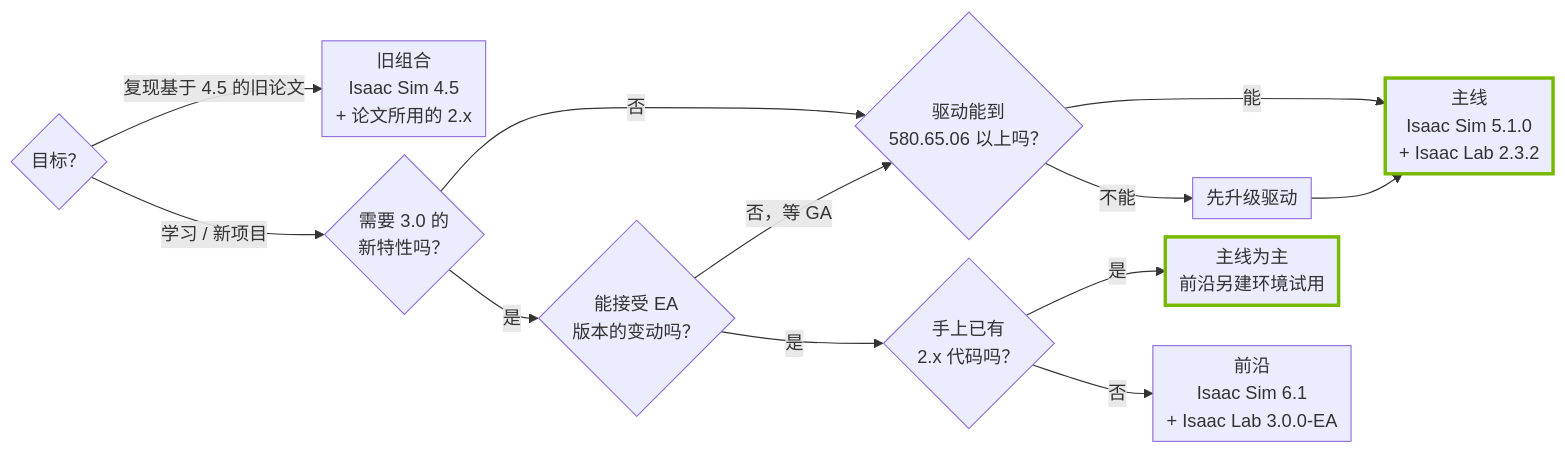
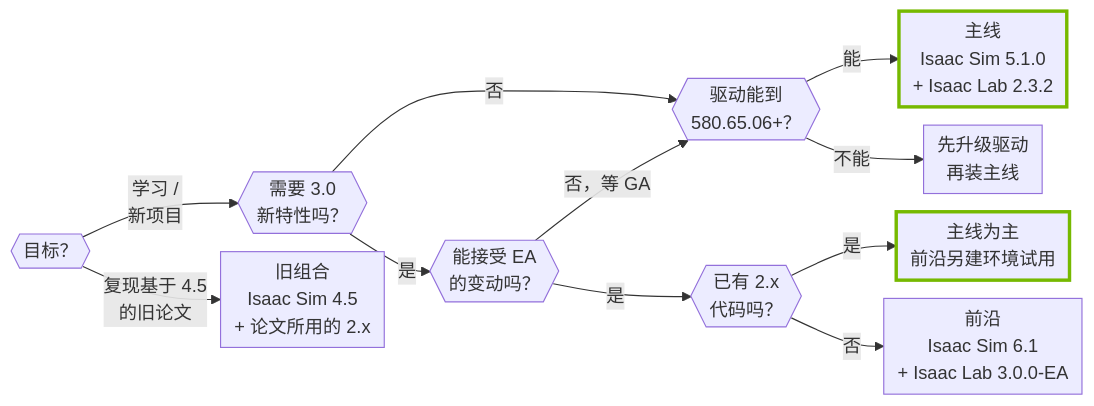
The diagram in docs/1-env/1.2-version-decision.md (ueasycallme/academy), drawn with Mermaid before and after one commit. The commit also changed other lines of this file and 7 other files, not shown here.

First line of the commit message:
T-0.7b、T-1.2c：两张旧图按 D-025 重排

````diff
--- a/docs/1-env/1.2-version-decision.md
+++ b/docs/1-env/1.2-version-decision.md
@@ -39,29 +39,28 @@
 ```{mermaid}
-%%{init: {"flowchart": {"rankSpacing": 30, "nodeSpacing": 16, "padding": 6}}}%%
+%%{init: {"flowchart": {"rankSpacing": 24, "nodeSpacing": 16, "padding": 6}}}%%
 flowchart LR
-    Q1{"目标？"}
-    Q2{"需要 3.0 的<br/>新特性吗？"}
-    Q3{"能接受 EA<br/>版本的变动吗？"}
-    Q4{"手上已有<br/>2.x 代码吗？"}
-    Q5{"驱动能到<br/>580.65.06 以上吗？"}
+    Q1{{"目标？"}}
+    Q2{{"需要 3.0<br/>新特性吗？"}}
+    Q3{{"能接受 EA<br/>的变动吗？"}}
+    Q4{{"已有 2.x<br/>代码吗？"}}
+    Q5{{"驱动能到<br/>580.65.06+？"}}
     A["主线<br/>Isaac Sim 5.1.0<br/>+ Isaac Lab 2.3.2"]
     B["前沿<br/>Isaac Sim 6.1<br/>+ Isaac Lab 3.0.0-EA"]
     AB["主线为主<br/>前沿另建环境试用"]
     C["旧组合<br/>Isaac Sim 4.5<br/>+ 论文所用的 2.x"]
-    UP["先升级驱动"]
+    UP["先升级驱动<br/>再装主线"]
 
-    Q1 -- "复现基于 4.5 的旧论文" --> C
-    Q1 -- "学习 / 新项目" --> Q2
+    Q1 -- "复现基于 4.5<br/>的旧论文" --> C
+    Q1 -- "学习 /<br/>新项目" --> Q2
     Q2 -- "否" --> Q5
     Q2 -- "是" --> Q3
     Q3 -- "否，等 GA" --> Q5
     Q3 -- "是" --> Q4
     Q4 -- "是" --> AB
     Q4 -- "否" --> B
     Q5 -- "能" --> A
     Q5 -- "不能" --> UP
-    UP --> A
 
     classDef main stroke:#76b900,stroke-width:3px
     class A,AB main
 ```
````
